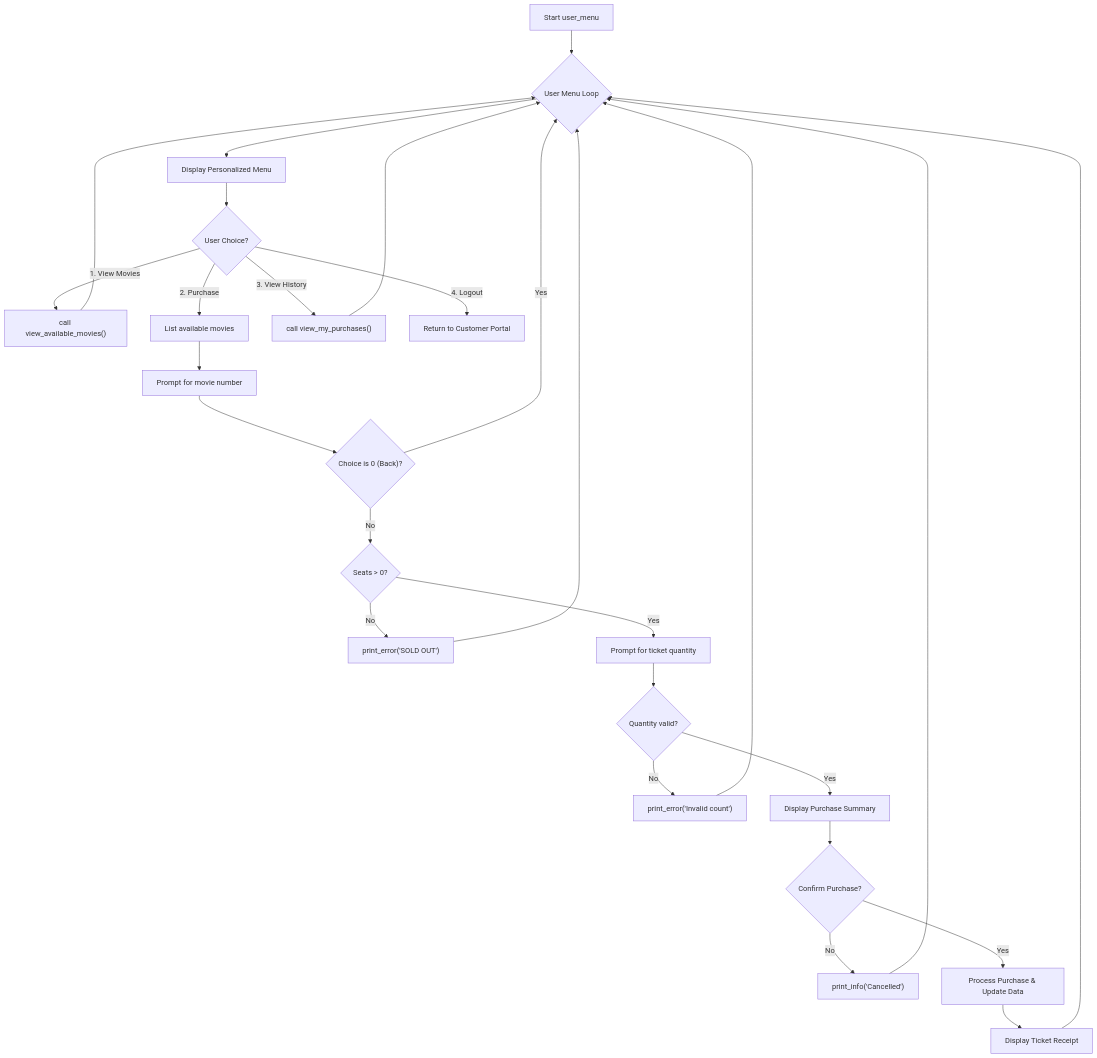
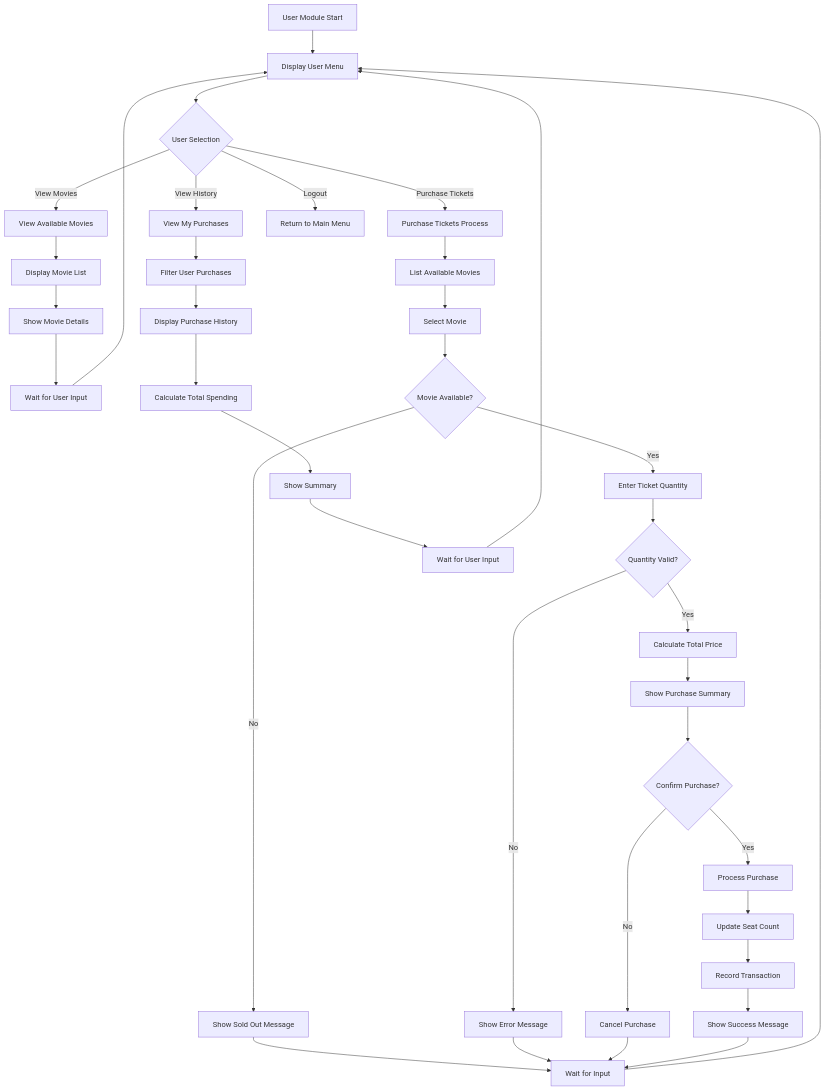
Before and after one commit to QUENJiX/test.github.io: the third of 5 diagrams in README.md, drawn with Mermaid. The commit also changed other lines of this file, not shown here.

````diff
--- a/README.md
+++ b/README.md
@@ -317,31 +455,39 @@
 ```mermaid
 graph TD
-    A["Start user_menu"] --> B{"User Menu Loop"};
-    B --> C["Display Personalized Menu"];
-    C --> D{"User Choice?"};
-    D -- "1. View Movies" --> E["call view_available_movies()"];
-    E --> B;
-    
-    D -- "2. Purchase" --> F["List available movies"];
-    F --> G["Prompt for movie number"];
-    G --> H{"Choice is 0 (Back)?"};
-    H -- Yes --> B;
-    H -- No --> I{"Seats > 0?"};
-    I -- No --> J["print_error('SOLD OUT')"];
-    J --> B;
-    I -- Yes --> K["Prompt for ticket quantity"];
-    K --> L{"Quantity valid?"};
-    L -- No --> M["print_error('Invalid count')"];
-    M --> B;
-    L -- Yes --> N["Display Purchase Summary"];
-    N --> O{"Confirm Purchase?"};
-    O -- No --> P["print_info('Cancelled')"];
-    P --> B;
-    O -- Yes --> Q["Process Purchase & Update Data"];
-    Q --> R["Display Ticket Receipt"];
-    R --> B;
-    
-    D -- "3. View History" --> V["call view_my_purchases()"];
-    V --> B;
-    D -- "4. Logout" --> W["Return to Customer Portal"];
+    A[User Module Start] --> B[Display User Menu]
+    B --> C{User Selection}
+    C -->|View Movies| D[View Available Movies]
+    C -->|Purchase Tickets| E[Purchase Tickets Process]
+    C -->|View History| F[View My Purchases]
+    C -->|Logout| G[Return to Main Menu]
+    D --> H[Display Movie List]
+    H --> I[Show Movie Details]
+    I --> J[Wait for User Input]
+    J --> B
+    E --> K[List Available Movies]
+    K --> L[Select Movie]
+    L --> M{Movie Available?}
+    M -->|No| N[Show Sold Out Message]
+    N --> O[Wait for Input]
+    O --> B
+    M -->|Yes| P[Enter Ticket Quantity]
+    P --> Q{Quantity Valid?}
+    Q -->|No| R[Show Error Message]
+    R --> O
+    Q -->|Yes| S[Calculate Total Price]
+    S --> T[Show Purchase Summary]
+    T --> U{Confirm Purchase?}
+    U -->|No| V[Cancel Purchase]
+    V --> O
+    U -->|Yes| W[Process Purchase]
+    W --> X[Update Seat Count]
+    X --> Y[Record Transaction]
+    Y --> Z[Show Success Message]
+    Z --> O
+    F --> AA[Filter User Purchases]
+    AA --> AB[Display Purchase History]
+    AB --> AC[Calculate Total Spending]
+    AC --> AD[Show Summary]
+    AD --> AE[Wait for User Input]
+    AE --> B
 ```
````
